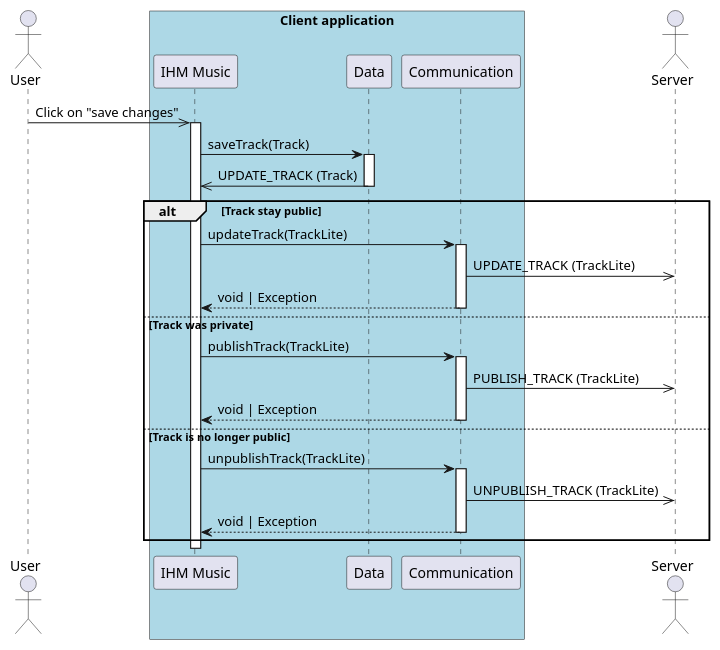
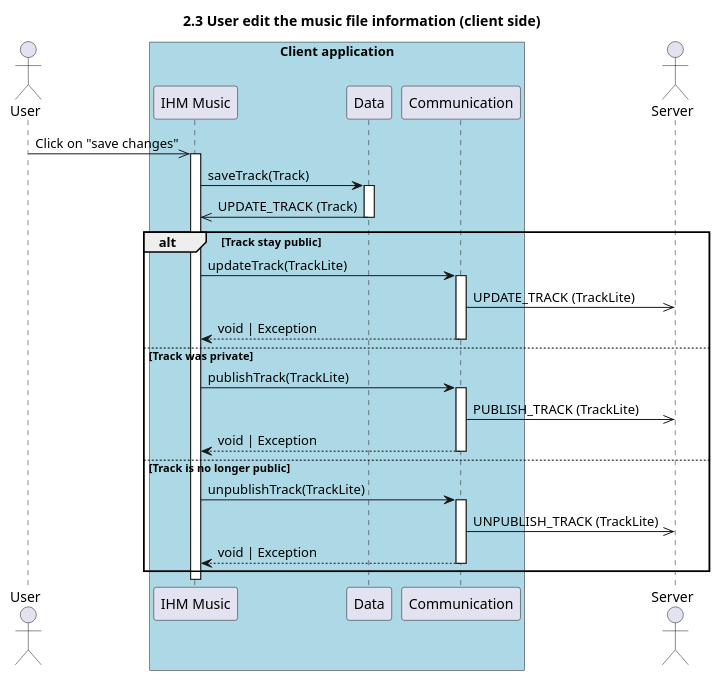
One commit to UTCAI12/Diagrams changed the diagram in sequence/2.3.update_music_file_client.puml. Above: the diagram before and after it, drawn with PlantUML. The commit also changed 30 other files, not shown here.

Commit message:
adding titles on all diagrams

```diff
--- a/sequence/2.3.update_music_file_client.puml
+++ b/sequence/2.3.update_music_file_client.puml
@@ -1,30 +1,32 @@
 @startuml 2.3 User edit the music file information (client side)
+title 2.3 User edit the music file information (client side)
+
 actor User
 box "Client application" #LightBlue
     participant "IHM Music" as IHM
     participant Data 
     participant Communication
 end box
 actor Server
 
 User ->> IHM++: Click on "save changes"
 
 IHM -> Data++: saveTrack(Track)
 Data->>IHM: UPDATE_TRACK (Track)
 deactivate Data
 
 alt Track stay public
     IHM -> Communication++: updateTrack(TrackLite)
     Communication ->> Server : UPDATE_TRACK (TrackLite)
     return void | Exception
 else Track was private
     IHM -> Communication++: publishTrack(TrackLite)
     Communication ->> Server : PUBLISH_TRACK (TrackLite)
     return void | Exception
 else Track is no longer public 
     IHM -> Communication++: unpublishTrack(TrackLite)
     Communication ->> Server : UNPUBLISH_TRACK (TrackLite)
     return void | Exception
 end
 
 @enduml
```
